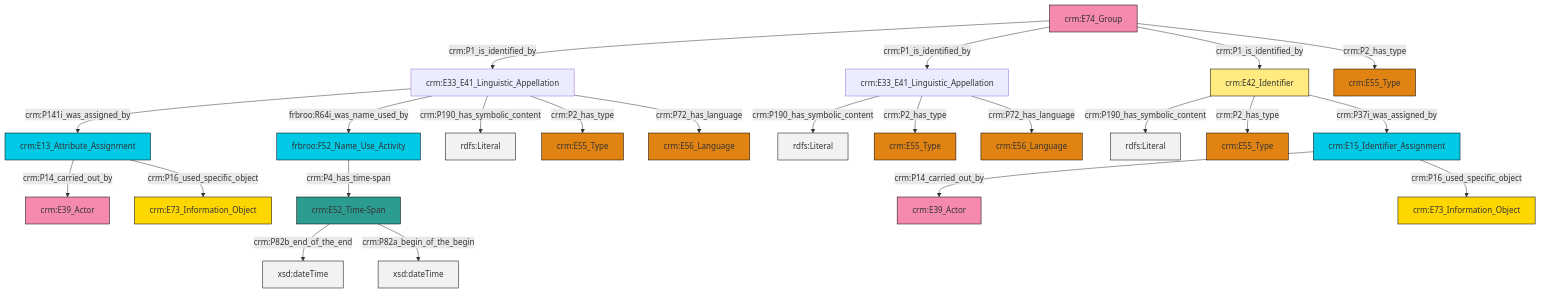
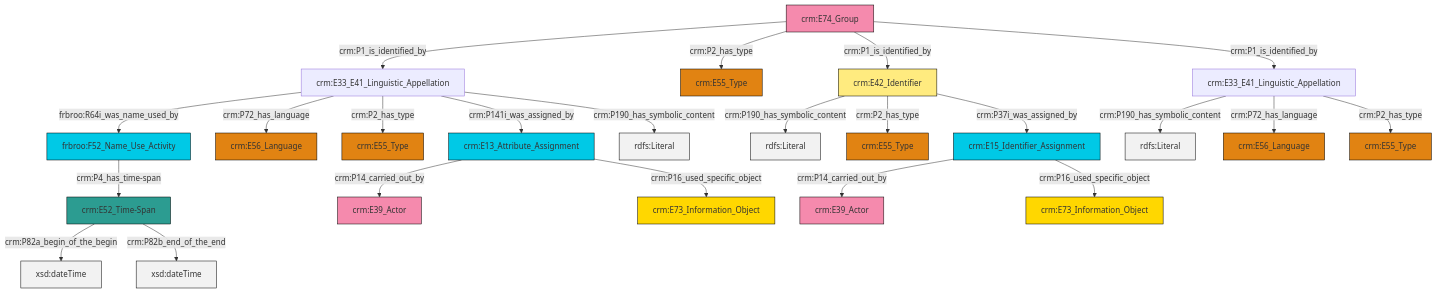
The diagram in et/groupCSV/ttl/mmd/group_name.ttl.mmd (swiss-art-research-net/reference-data-models), drawn with Mermaid before and after one commit. The commit also changed 131 other files, not shown here.

```diff
--- a/et/groupCSV/ttl/mmd/group_name.ttl.mmd
+++ b/et/groupCSV/ttl/mmd/group_name.ttl.mmd
@@ -1,37 +1,37 @@
 graph TD
 classDef Literal fill:#f2f2f2,stroke:#000000;
 classDef CRM_Entity fill:#FFFFFF,stroke:#000000;
 classDef Temporal_Entity fill:#00C9E6, stroke:#000000;
 classDef Type fill:#E18312, stroke:#000000;
 classDef Time-Span fill:#2C9C91, stroke:#000000;
 classDef Appellation fill:#FFEB7F, stroke:#000000;
 classDef Place fill:#008836, stroke:#000000;
 classDef Persistent_Item fill:#B266B2, stroke:#000000;
 classDef Conceptual_Object fill:#FFD700, stroke:#000000;
 classDef Physical_Thing fill:#D2B48C, stroke:#000000;
 classDef Actor fill:#f58aad, stroke:#000000;
 classDef PC_Classes fill:#4ce600, stroke:#000000;
 classDef Multi fill:#cccccc,stroke:#000000;
 
-4["crm:E33_E41_Linguistic_Appellation"]:::Default -->|crm:P141i_was_assigned_by| 5["crm:E13_Attribute_Assignment"]:::Temporal_Entity
-6["crm:E33_E41_Linguistic_Appellation"]:::Default -->|crm:P190_has_symbolic_content| 7[rdfs:Literal]:::Literal
-6["crm:E33_E41_Linguistic_Appellation"]:::Default -->|crm:P2_has_type| 10["crm:E55_Type"]:::Type
-16["crm:E42_Identifier"]:::Appellation -->|crm:P190_has_symbolic_content| 17[rdfs:Literal]:::Literal
-22["crm:E74_Group"]:::Actor -->|crm:P1_is_identified_by| 4["crm:E33_E41_Linguistic_Appellation"]:::Default
-5["crm:E13_Attribute_Assignment"]:::Temporal_Entity -->|crm:P14_carried_out_by| 12["crm:E39_Actor"]:::Actor
-16["crm:E42_Identifier"]:::Appellation -->|crm:P2_has_type| 28["crm:E55_Type"]:::Type
-8["crm:E52_Time-Span"]:::Time-Span -->|crm:P82b_end_of_the_end| 29[xsd:dateTime]:::Literal
-20["crm:E15_Identifier_Assignment"]:::Temporal_Entity -->|crm:P14_carried_out_by| 23["crm:E39_Actor"]:::Actor
-4["crm:E33_E41_Linguistic_Appellation"]:::Default -->|frbroo:R64i_was_name_used_by| 32["frbroo:F52_Name_Use_Activity"]:::Temporal_Entity
-4["crm:E33_E41_Linguistic_Appellation"]:::Default -->|crm:P190_has_symbolic_content| 33[rdfs:Literal]:::Literal
-6["crm:E33_E41_Linguistic_Appellation"]:::Default -->|crm:P72_has_language| 30["crm:E56_Language"]:::Type
-22["crm:E74_Group"]:::Actor -->|crm:P1_is_identified_by| 6["crm:E33_E41_Linguistic_Appellation"]:::Default
-22["crm:E74_Group"]:::Actor -->|crm:P1_is_identified_by| 16["crm:E42_Identifier"]:::Appellation
-5["crm:E13_Attribute_Assignment"]:::Temporal_Entity -->|crm:P16_used_specific_object| 36["crm:E73_Information_Object"]:::Conceptual_Object
-20["crm:E15_Identifier_Assignment"]:::Temporal_Entity -->|crm:P16_used_specific_object| 25["crm:E73_Information_Object"]:::Conceptual_Object
-4["crm:E33_E41_Linguistic_Appellation"]:::Default -->|crm:P2_has_type| 2["crm:E55_Type"]:::Type
-16["crm:E42_Identifier"]:::Appellation -->|crm:P37i_was_assigned_by| 20["crm:E15_Identifier_Assignment"]:::Temporal_Entity
-32["frbroo:F52_Name_Use_Activity"]:::Temporal_Entity -->|crm:P4_has_time-span| 8["crm:E52_Time-Span"]:::Time-Span
-22["crm:E74_Group"]:::Actor -->|crm:P2_has_type| 0["crm:E55_Type"]:::Type
-4["crm:E33_E41_Linguistic_Appellation"]:::Default -->|crm:P72_has_language| 14["crm:E56_Language"]:::Type
-8["crm:E52_Time-Span"]:::Time-Span -->|crm:P82a_begin_of_the_begin| 41[xsd:dateTime]:::Literal
+0["crm:E33_E41_Linguistic_Appellation"]:::Default -->|crm:P190_has_symbolic_content| 1[rdfs:Literal]:::Literal
+2["crm:E52_Time-Span"]:::Time-Span -->|crm:P82a_begin_of_the_begin| 3[xsd:dateTime]:::Literal
+6["frbroo:F52_Name_Use_Activity"]:::Temporal_Entity -->|crm:P4_has_time-span| 2["crm:E52_Time-Span"]:::Time-Span
+7["crm:E33_E41_Linguistic_Appellation"]:::Default -->|frbroo:R64i_was_name_used_by| 6["frbroo:F52_Name_Use_Activity"]:::Temporal_Entity
+8["crm:E15_Identifier_Assignment"]:::Temporal_Entity -->|crm:P14_carried_out_by| 9["crm:E39_Actor"]:::Actor
+4["crm:E13_Attribute_Assignment"]:::Temporal_Entity -->|crm:P14_carried_out_by| 10["crm:E39_Actor"]:::Actor
+11["crm:E42_Identifier"]:::Appellation -->|crm:P190_has_symbolic_content| 12[rdfs:Literal]:::Literal
+13["crm:E74_Group"]:::Actor -->|crm:P1_is_identified_by| 7["crm:E33_E41_Linguistic_Appellation"]:::Default
+13["crm:E74_Group"]:::Actor -->|crm:P2_has_type| 15["crm:E55_Type"]:::Type
+11["crm:E42_Identifier"]:::Appellation -->|crm:P2_has_type| 16["crm:E55_Type"]:::Type
+4["crm:E13_Attribute_Assignment"]:::Temporal_Entity -->|crm:P16_used_specific_object| 17["crm:E73_Information_Object"]:::Conceptual_Object
+7["crm:E33_E41_Linguistic_Appellation"]:::Default -->|crm:P72_has_language| 18["crm:E56_Language"]:::Type
+8["crm:E15_Identifier_Assignment"]:::Temporal_Entity -->|crm:P16_used_specific_object| 20["crm:E73_Information_Object"]:::Conceptual_Object
+0["crm:E33_E41_Linguistic_Appellation"]:::Default -->|crm:P72_has_language| 28["crm:E56_Language"]:::Type
+7["crm:E33_E41_Linguistic_Appellation"]:::Default -->|crm:P2_has_type| 30["crm:E55_Type"]:::Type
+13["crm:E74_Group"]:::Actor -->|crm:P1_is_identified_by| 11["crm:E42_Identifier"]:::Appellation
+13["crm:E74_Group"]:::Actor -->|crm:P1_is_identified_by| 0["crm:E33_E41_Linguistic_Appellation"]:::Default
+7["crm:E33_E41_Linguistic_Appellation"]:::Default -->|crm:P141i_was_assigned_by| 4["crm:E13_Attribute_Assignment"]:::Temporal_Entity
+0["crm:E33_E41_Linguistic_Appellation"]:::Default -->|crm:P2_has_type| 26["crm:E55_Type"]:::Type
+7["crm:E33_E41_Linguistic_Appellation"]:::Default -->|crm:P190_has_symbolic_content| 36[rdfs:Literal]:::Literal
+2["crm:E52_Time-Span"]:::Time-Span -->|crm:P82b_end_of_the_end| 39[xsd:dateTime]:::Literal
+11["crm:E42_Identifier"]:::Appellation -->|crm:P37i_was_assigned_by| 8["crm:E15_Identifier_Assignment"]:::Temporal_Entity
```
